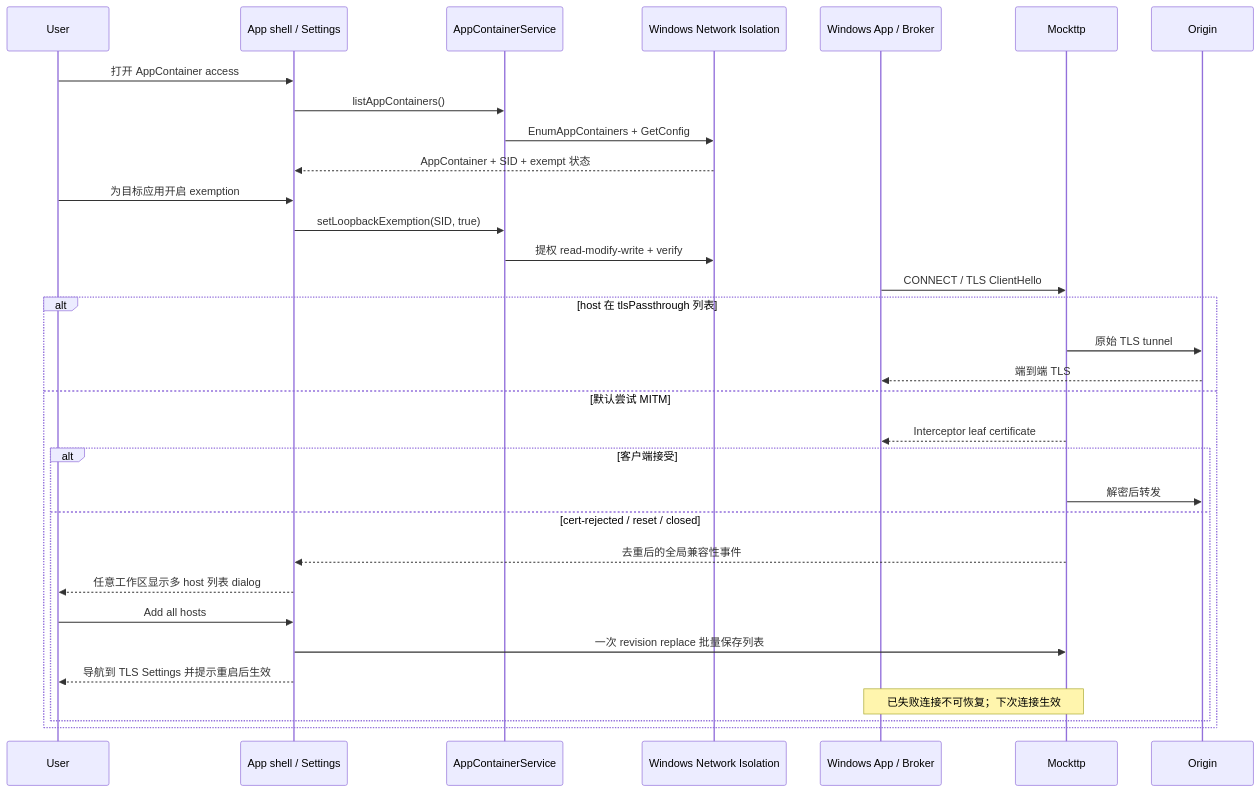
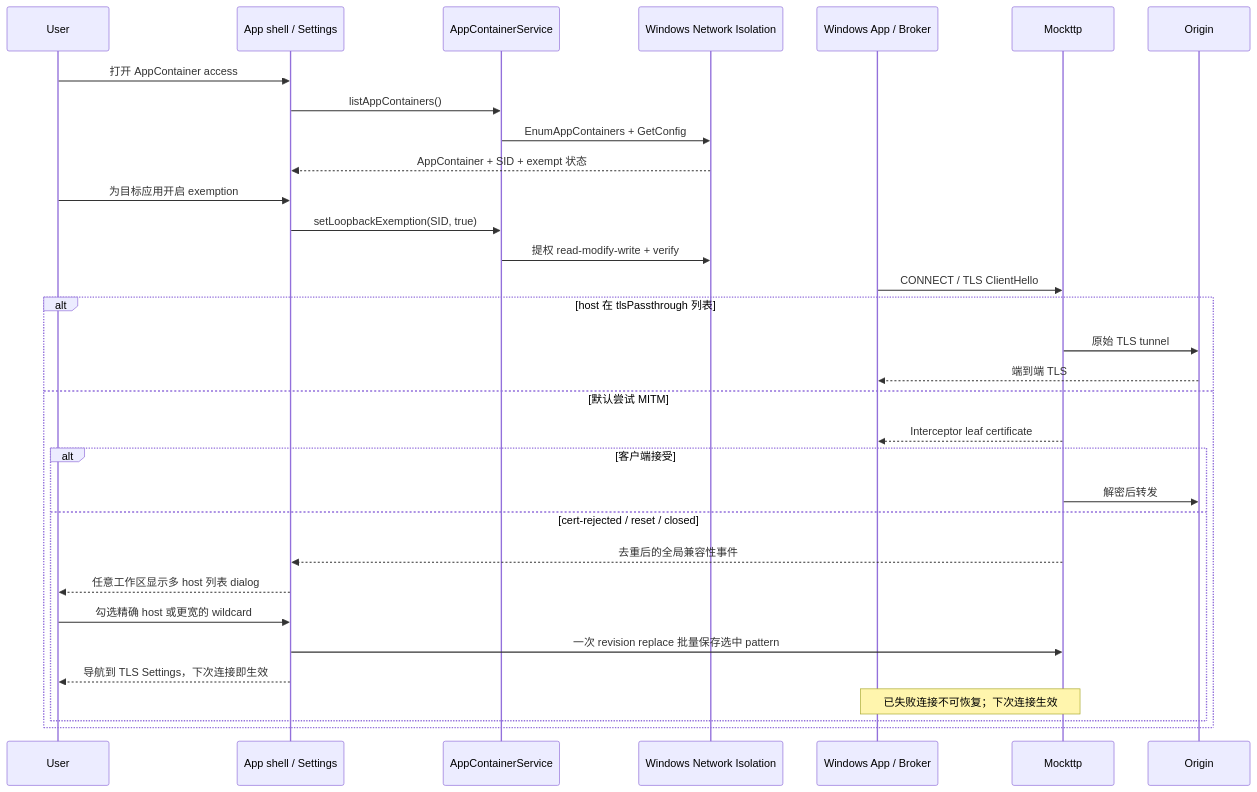
The diagram in architecture/backlog/research.md (zhxmt-xm/Interceptor), drawn with Mermaid before and after one commit. The commit also changed other lines of this file and 2 other files, not shown here.

First line of the commit message:
docs: drop the restart-to-apply story from the remaining architecture docs

````diff
--- a/architecture/backlog/research.md
+++ b/architecture/backlog/research.md
@@ -108,36 +108,36 @@
 ```mermaid
 sequenceDiagram
 		participant User as User
 		participant UI as App shell / Settings
 		participant Main as AppContainerService
 		participant Win as Windows Network Isolation
 		participant Client as Windows App / Broker
 		participant Core as Mockttp
 		participant Origin as Origin
 
 		User->>UI: 打开 AppContainer access
 		UI->>Main: listAppContainers()
 		Main->>Win: EnumAppContainers + GetConfig
 		Win-->>UI: AppContainer + SID + exempt 状态
 		User->>UI: 为目标应用开启 exemption
 		UI->>Main: setLoopbackExemption(SID, true)
 		Main->>Win: 提权 read-modify-write + verify
 
 		Client->>Core: CONNECT / TLS ClientHello
 		alt host 在 tlsPassthrough 列表
 				Core->>Origin: 原始 TLS tunnel
 				Origin-->>Client: 端到端 TLS
 		else 默认尝试 MITM
 				Core-->>Client: Interceptor leaf certificate
 				alt 客户端接受
 						Core->>Origin: 解密后转发
 				else cert-rejected / reset / closed
 						Core-->>UI: 去重后的全局兼容性事件
 						UI-->>User: 任意工作区显示多 host 列表 dialog
-						User->>UI: Add all hosts
-						UI->>Core: 一次 revision replace 批量保存列表
-						UI-->>User: 导航到 TLS Settings 并提示重启后生效
+					User->>UI: 勾选精确 host 或更宽的 wildcard
+					UI->>Core: 一次 revision replace 批量保存选中 pattern
+					UI-->>User: 导航到 TLS Settings，下次连接即生效
 						Note over Client,Core: 已失败连接不可恢复；下次连接生效
 				end
 		end
 ```
````
